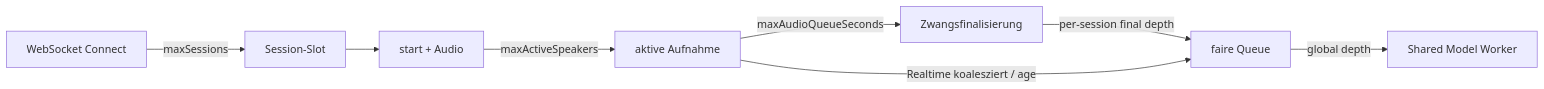
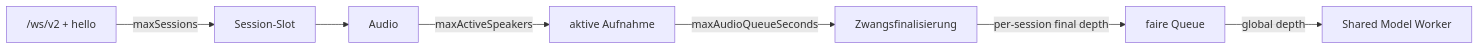
Before and after one commit to marcosudau-vps/voice-stt-server: the diagram in docs/client-development/07-robustheit-grenzen-und-sicherheit.md, drawn with Mermaid. The commit also changed other lines of this file and 9 other files, not shown here.

````diff
--- a/docs/client-development/07-robustheit-grenzen-und-sicherheit.md
+++ b/docs/client-development/07-robustheit-grenzen-und-sicherheit.md
@@ -10,10 +10,9 @@
 ```mermaid
 flowchart LR
-    A["WebSocket Connect"] -->|maxSessions| B["Session-Slot"]
-    B --> C["start + Audio"]
+    A["/ws/v2 + hello"] -->|maxSessions| B["Session-Slot"]
+    B --> C["Audio"]
     C -->|maxActiveSpeakers| D["aktive Aufnahme"]
     D -->|maxAudioQueueSeconds| E["Zwangsfinalisierung"]
     E -->|per-session final depth| F["faire Queue"]
-    D -->|Realtime koalesziert / age| F
     F -->|global depth| G["Shared Model Worker"]
 ```
````
